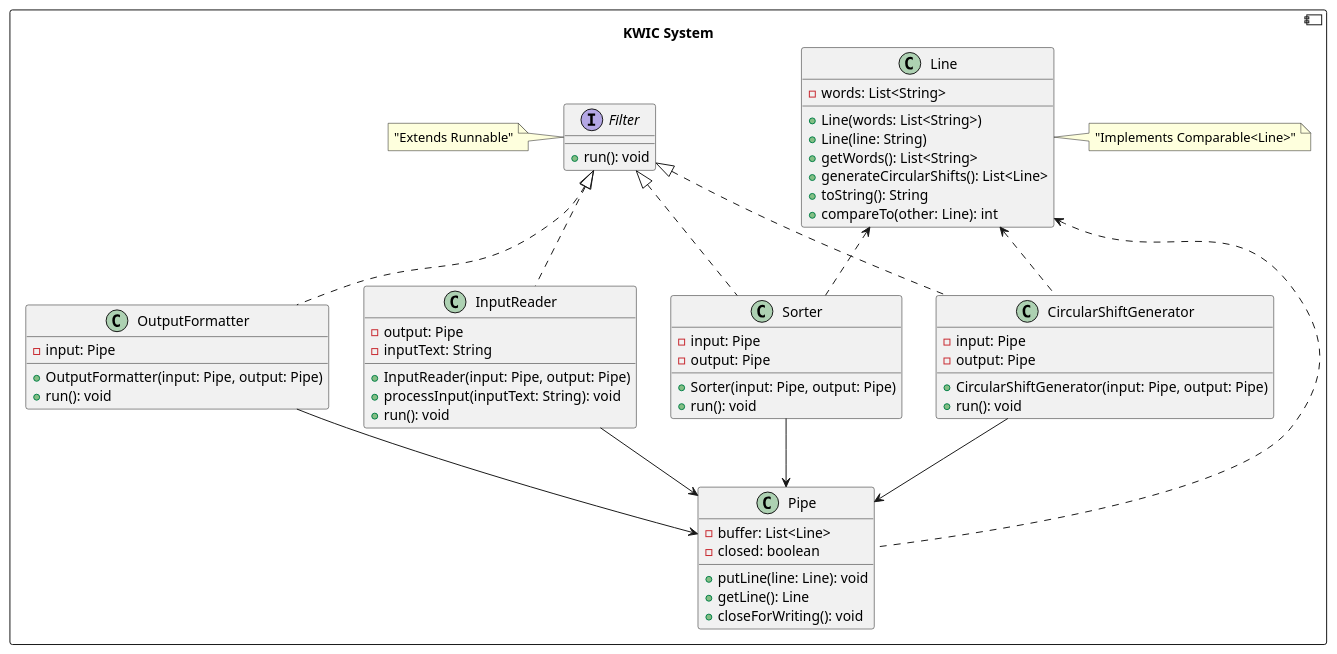
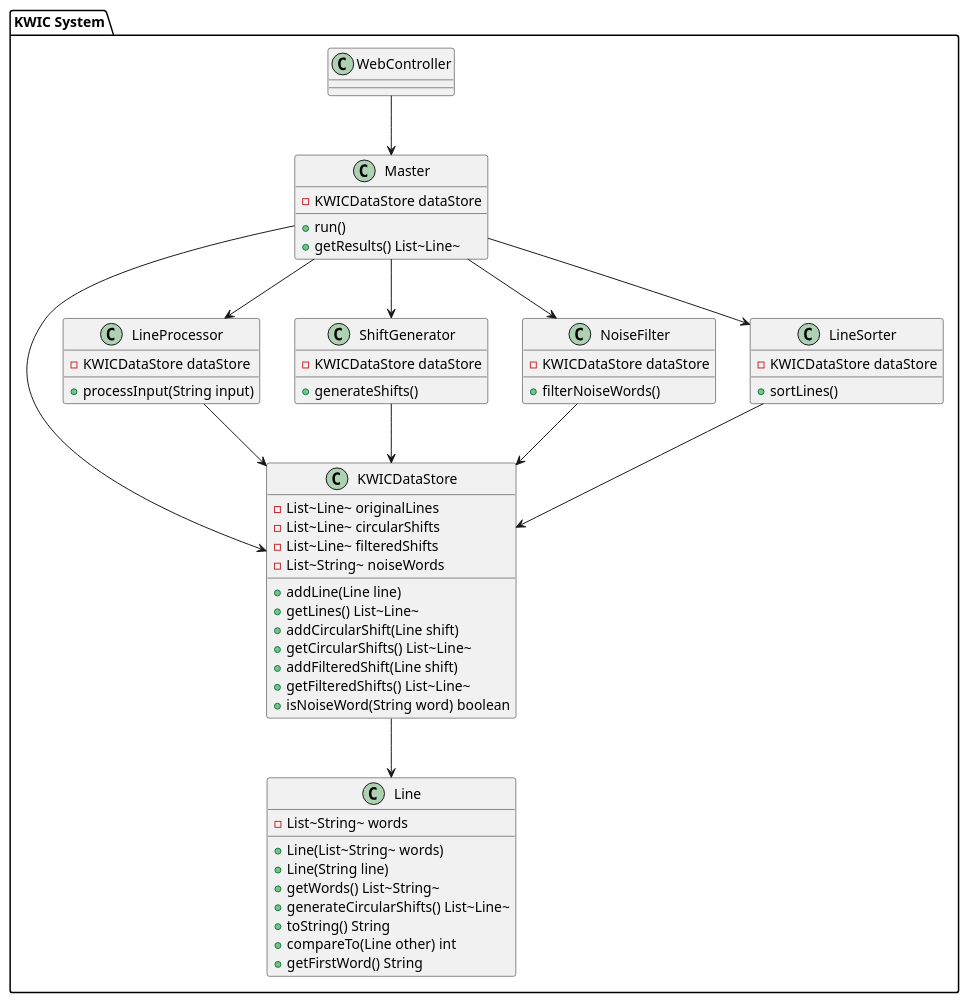
One commit to zenOfBass/SAD-Assignment-3-II changed the diagram in kwic_class.puml. Above: the diagram before and after it, drawn with PlantUML. The commit also changed 1 other file, not shown here.

Commit message:
Updating Uml diagram

```diff
--- a/kwic_class.puml
+++ b/kwic_class.puml
@@ -1,71 +1,67 @@
-@startuml
-component "KWIC System" {
+@startuml kwic
+package "KWIC System" {
 
-interface Filter {
-  +run(): void
-}
+    class KWICDataStore {
+        -List~Line~ originalLines
+        -List~Line~ circularShifts
+        -List~Line~ filteredShifts
+        -List~String~ noiseWords
+        +addLine(Line line)
+        +getLines() List~Line~
+        +addCircularShift(Line shift)
+        +getCircularShifts() List~Line~
+        +addFilteredShift(Line shift)
+        +getFilteredShifts() List~Line~
+        +isNoiseWord(String word) boolean
+    }
 
-class Pipe {
-  -buffer: List<Line>
-  -closed: boolean
-  +putLine(line: Line): void
-  +getLine(): Line
-  +closeForWriting(): void
-}
+    class Master {
+        -KWICDataStore dataStore
+        +run()
+        +getResults() List~Line~
+    }
 
-class Line {
-  -words: List<String>
-  +Line(words: List<String>)
-  +Line(line: String)
-  +getWords(): List<String>
-  +generateCircularShifts(): List<Line>
-  +toString(): String
-  +compareTo(other: Line): int
-}
+    class LineProcessor {
+        -KWICDataStore dataStore
+        +processInput(String input)
+    }
 
-class InputReader {
-  -output: Pipe
-  -inputText: String
-  +InputReader(input: Pipe, output: Pipe)
-  +processInput(inputText: String): void
-  +run(): void
-}
+    class ShiftGenerator {
+        -KWICDataStore dataStore
+        +generateShifts()
+    }
 
-class CircularShiftGenerator {
-  -input: Pipe
-  -output: Pipe
-  +CircularShiftGenerator(input: Pipe, output: Pipe)
-  +run(): void
-}
+    class NoiseFilter {
+        -KWICDataStore dataStore
+        +filterNoiseWords()
+    }
 
-class Sorter {
-  -input: Pipe
-  -output: Pipe
-  +Sorter(input: Pipe, output: Pipe)
-  +run(): void
-}
+    class LineSorter {
+        -KWICDataStore dataStore
+        +sortLines()
+    }
 
-class OutputFormatter {
-  -input: Pipe
-  +OutputFormatter(input: Pipe, output: Pipe)
-  +run(): void
-}
+    class Line {
+        -List~String~ words
+        +Line(List~String~ words)
+        +Line(String line)
+        +getWords() List~String~
+        +generateCircularShifts() List~Line~
+        +toString() String
+        +compareTo(Line other) int
+        +getFirstWord() String
+    }
 
-Filter <|.. InputReader
-Filter <|.. CircularShiftGenerator
-Filter <|.. Sorter
-Filter <|.. OutputFormatter
-
-Line <.. CircularShiftGenerator
-Line <.. Sorter
-Line <.. Pipe
-
-InputReader --> Pipe
-CircularShiftGenerator --> Pipe
-Sorter --> Pipe
-OutputFormatter --> Pipe
-
-note right of Line: "Implements Comparable<Line>"
-note left of Filter: "Extends Runnable"
+    KWICDataStore --> Line
+    Master --> KWICDataStore
+    Master --> LineProcessor
+    Master --> ShiftGenerator
+    Master --> NoiseFilter
+    Master --> LineSorter
+    WebController --> Master
+    LineProcessor --> KWICDataStore
+    ShiftGenerator --> KWICDataStore
+    NoiseFilter --> KWICDataStore
+    LineSorter --> KWICDataStore
 }
 @enduml
```
